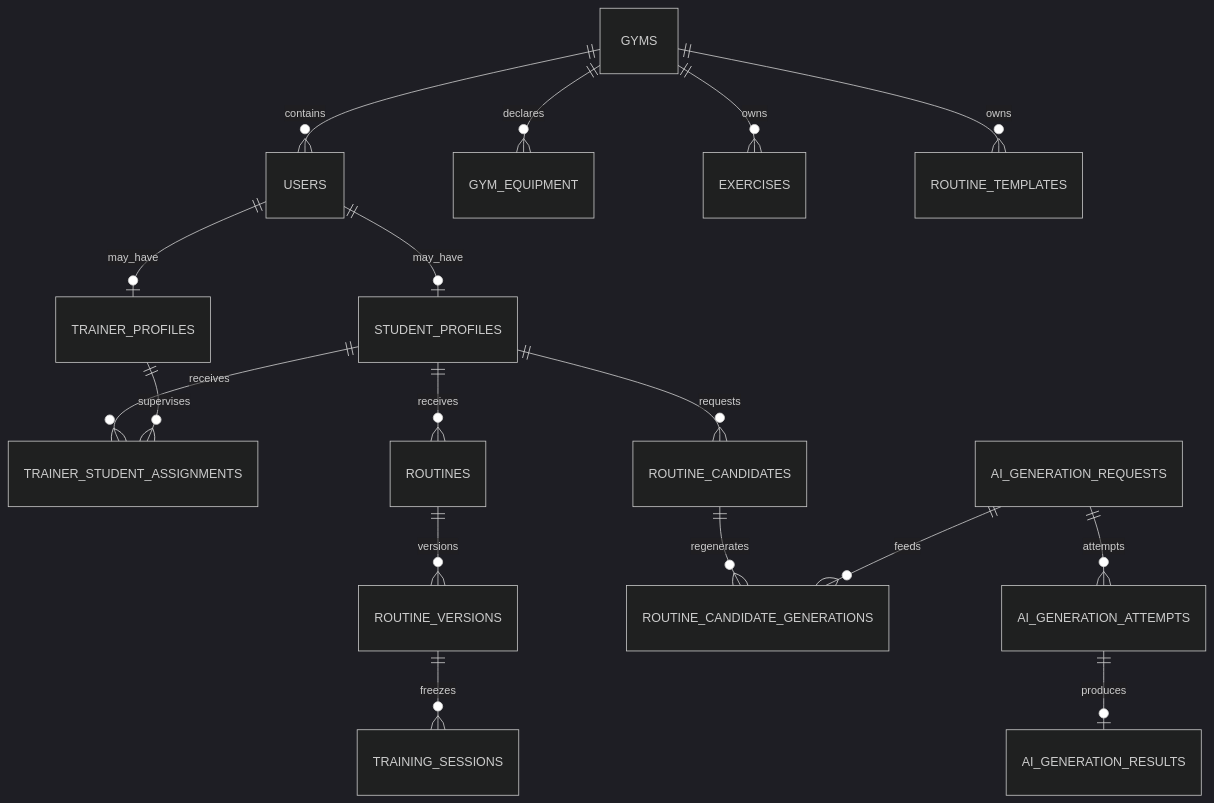
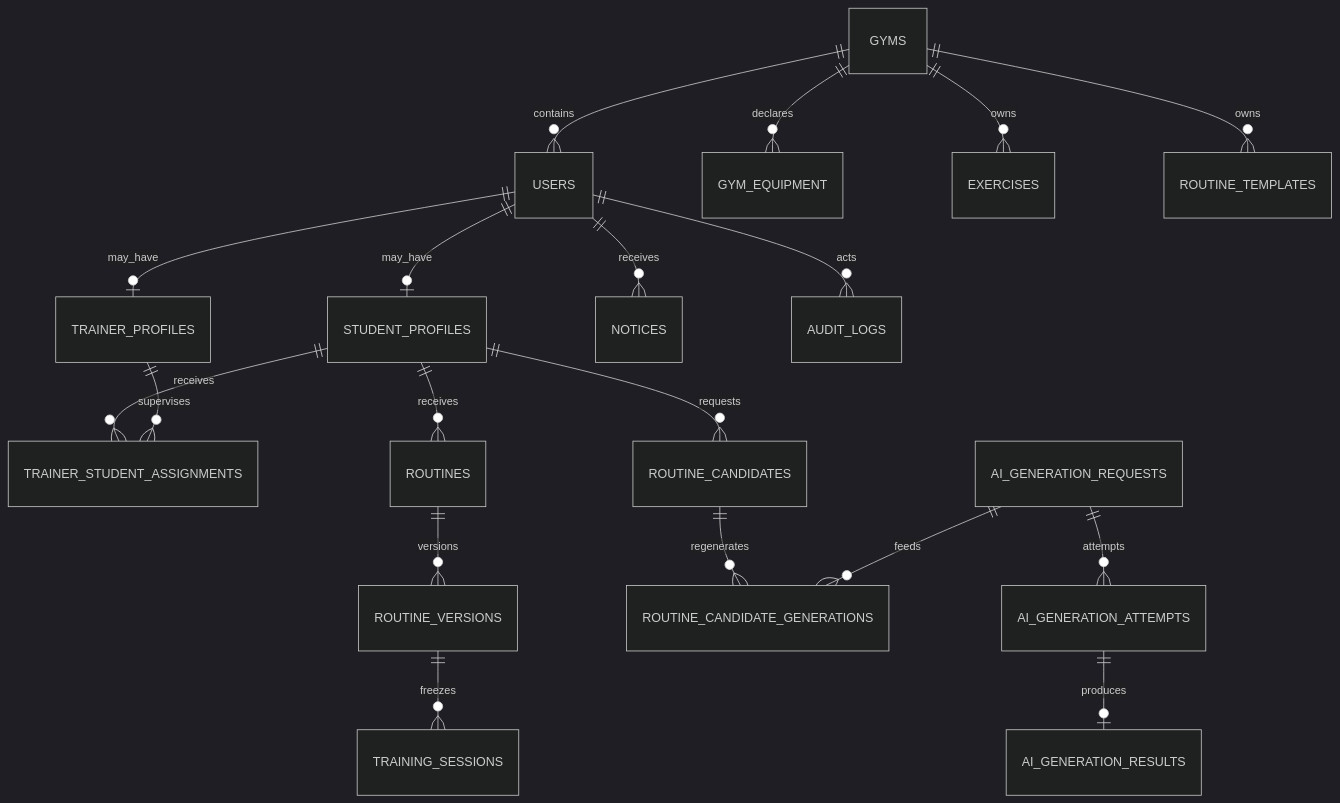
Before and after one commit to Maico-Zurbriggen/proyecto-gimnasio-documentacion: the first of 9 diagrams in architecture/database-relational-model.md, drawn with Mermaid (dark theme). The commit also changed other lines of this file, not shown here.

````diff
--- a/architecture/database-relational-model.md
+++ b/architecture/database-relational-model.md
@@ -26,19 +32,21 @@
 ```mermaid
 erDiagram
     GYMS ||--o{ USERS : contains
     GYMS ||--o{ GYM_EQUIPMENT : declares
     USERS ||--o| STUDENT_PROFILES : may_have
     USERS ||--o| TRAINER_PROFILES : may_have
     STUDENT_PROFILES ||--o{ TRAINER_STUDENT_ASSIGNMENTS : receives
     TRAINER_PROFILES ||--o{ TRAINER_STUDENT_ASSIGNMENTS : supervises
     GYMS ||--o{ EXERCISES : owns
     GYMS ||--o{ ROUTINE_TEMPLATES : owns
     STUDENT_PROFILES ||--o{ ROUTINES : receives
     ROUTINES ||--o{ ROUTINE_VERSIONS : versions
     ROUTINE_VERSIONS ||--o{ TRAINING_SESSIONS : freezes
     STUDENT_PROFILES ||--o{ ROUTINE_CANDIDATES : requests
     ROUTINE_CANDIDATES ||--o{ ROUTINE_CANDIDATE_GENERATIONS : regenerates
     AI_GENERATION_REQUESTS ||--o{ ROUTINE_CANDIDATE_GENERATIONS : feeds
     AI_GENERATION_REQUESTS ||--o{ AI_GENERATION_ATTEMPTS : attempts
     AI_GENERATION_ATTEMPTS ||--o| AI_GENERATION_RESULTS : produces
+    USERS ||--o{ NOTICES : receives
+    USERS ||--o{ AUDIT_LOGS : acts
 ```
````
